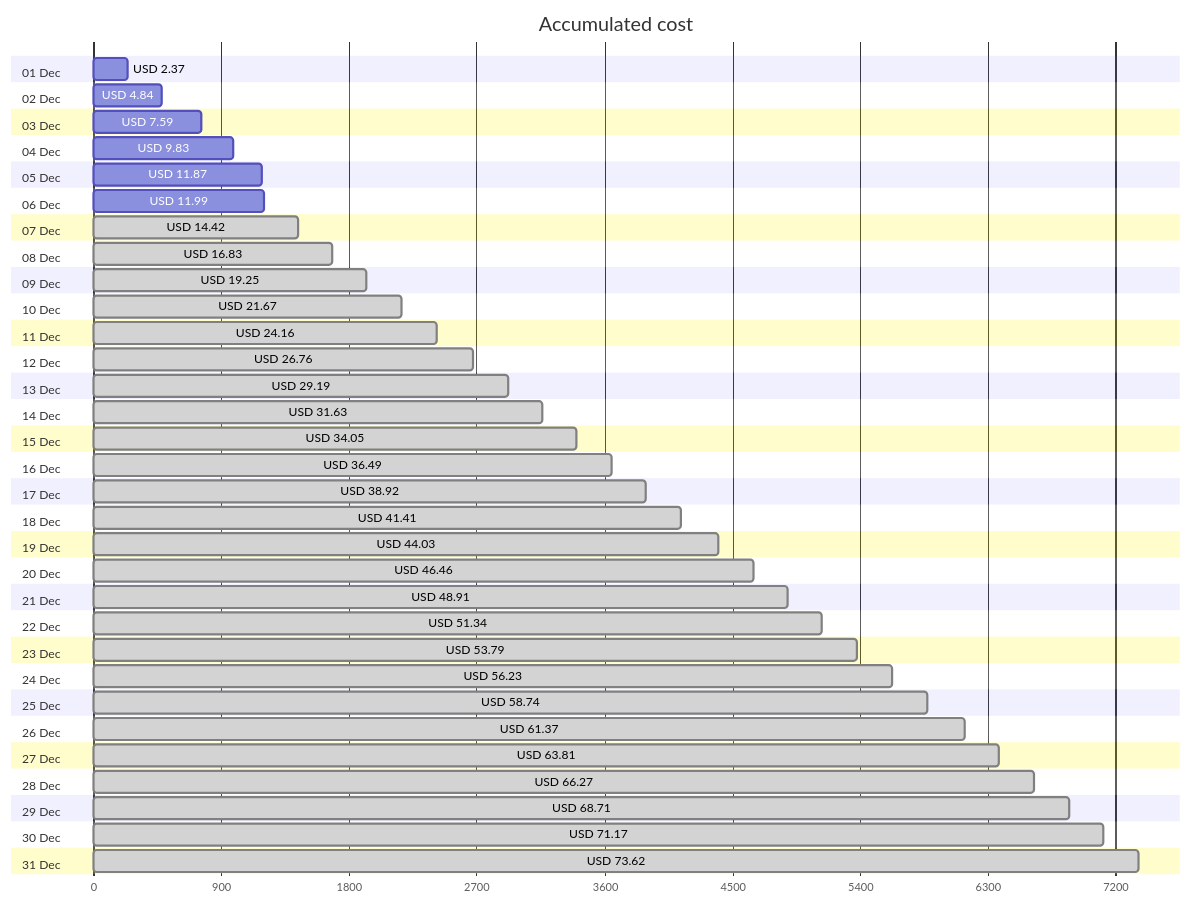
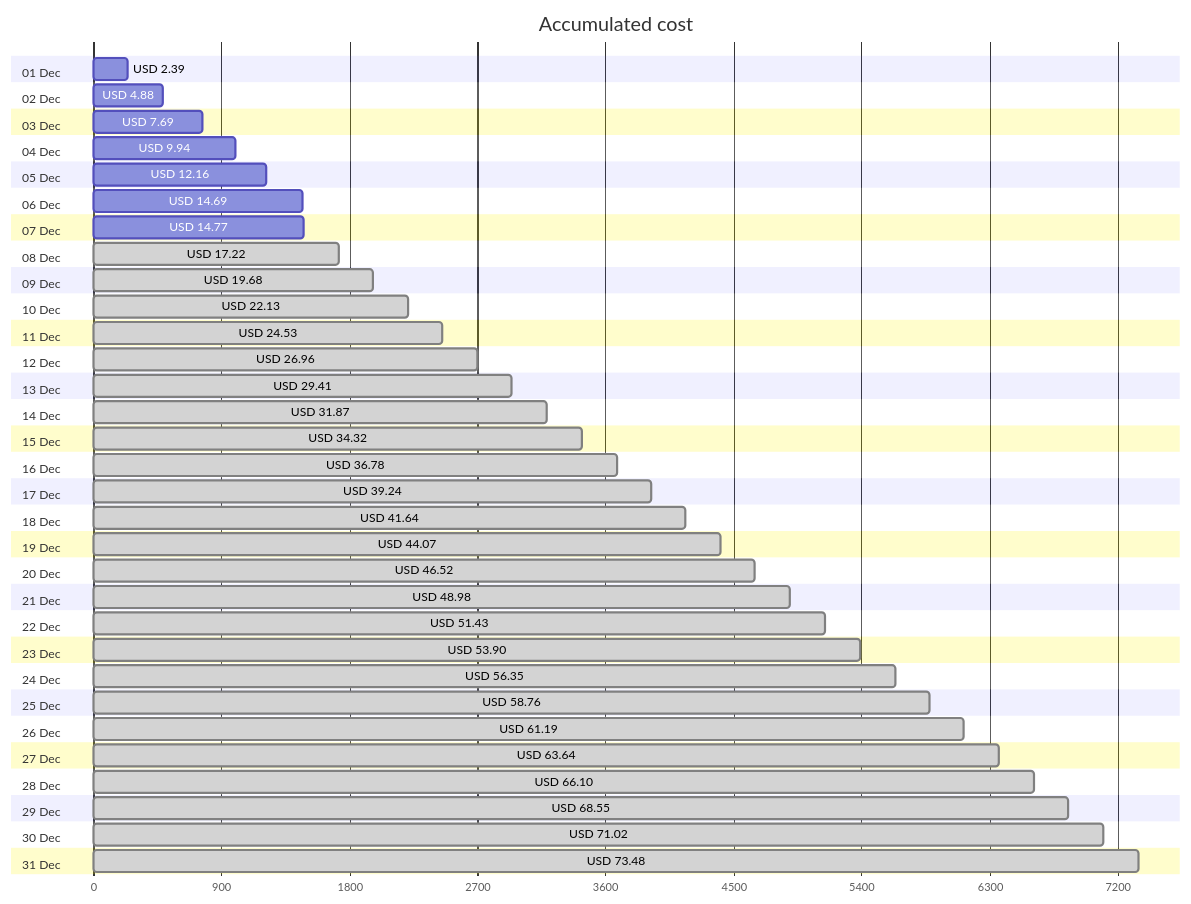
The first of 4 diagrams in cost-reports/accumulated-cost.md (jpfulton/azure-personal-reports), drawn with Mermaid before and after one commit. The commit also changed other lines of this file and 4 other files, not shown here.

````diff
--- a/cost-reports/accumulated-cost.md
+++ b/cost-reports/accumulated-cost.md
@@ -20,68 +20,68 @@
 ```mermaid
 gantt
    title Accumulated cost
    dateFormat  X
    axisFormat %s
    section 01 Dec
-   USD 2.37 :0, 237
+   USD 2.39 :0, 239
    section 02 Dec
-   USD 4.84 :0, 484
+   USD 4.88 :0, 488
    section 03 Dec
-   USD 7.59 :0, 759
+   USD 7.69 :0, 769
    section 04 Dec
-   USD 9.83 :0, 983
+   USD 9.94 :0, 994
    section 05 Dec
-   USD 11.87 :0, 1187
+   USD 12.16 :0, 1216
    section 06 Dec
-   USD 11.99 :0, 1199
+   USD 14.69 :0, 1469
    section 07 Dec
-   USD 14.42 : done, 0, 1442
+   USD 14.77 :0, 1477
    section 08 Dec
-   USD 16.83 : done, 0, 1683
+   USD 17.22 : done, 0, 1722
    section 09 Dec
-   USD 19.25 : done, 0, 1925
+   USD 19.68 : done, 0, 1968
    section 10 Dec
-   USD 21.67 : done, 0, 2167
+   USD 22.13 : done, 0, 2213
    section 11 Dec
-   USD 24.16 : done, 0, 2416
+   USD 24.53 : done, 0, 2453
    section 12 Dec
-   USD 26.76 : done, 0, 2676
+   USD 26.96 : done, 0, 2696
    section 13 Dec
-   USD 29.19 : done, 0, 2919
+   USD 29.41 : done, 0, 2941
    section 14 Dec
-   USD 31.63 : done, 0, 3163
+   USD 31.87 : done, 0, 3187
    section 15 Dec
-   USD 34.05 : done, 0, 3405
+   USD 34.32 : done, 0, 3432
    section 16 Dec
-   USD 36.49 : done, 0, 3649
+   USD 36.78 : done, 0, 3678
    section 17 Dec
-   USD 38.92 : done, 0, 3892
+   USD 39.24 : done, 0, 3924
    section 18 Dec
-   USD 41.41 : done, 0, 4141
+   USD 41.64 : done, 0, 4164
    section 19 Dec
-   USD 44.03 : done, 0, 4403
+   USD 44.07 : done, 0, 4407
    section 20 Dec
-   USD 46.46 : done, 0, 4646
+   USD 46.52 : done, 0, 4652
    section 21 Dec
-   USD 48.91 : done, 0, 4891
+   USD 48.98 : done, 0, 4898
    section 22 Dec
-   USD 51.34 : done, 0, 5134
+   USD 51.43 : done, 0, 5143
    section 23 Dec
-   USD 53.79 : done, 0, 5379
+   USD 53.90 : done, 0, 5390
    section 24 Dec
-   USD 56.23 : done, 0, 5623
+   USD 56.35 : done, 0, 5635
    section 25 Dec
-   USD 58.74 : done, 0, 5874
+   USD 58.76 : done, 0, 5876
    section 26 Dec
-   USD 61.37 : done, 0, 6137
+   USD 61.19 : done, 0, 6119
    section 27 Dec
-   USD 63.81 : done, 0, 6381
+   USD 63.64 : done, 0, 6364
    section 28 Dec
-   USD 66.27 : done, 0, 6627
+   USD 66.10 : done, 0, 6610
    section 29 Dec
-   USD 68.71 : done, 0, 6871
+   USD 68.55 : done, 0, 6855
    section 30 Dec
-   USD 71.17 : done, 0, 7117
+   USD 71.02 : done, 0, 7102
    section 31 Dec
-   USD 73.62 : done, 0, 7362
+   USD 73.48 : done, 0, 7348
 ```
````
